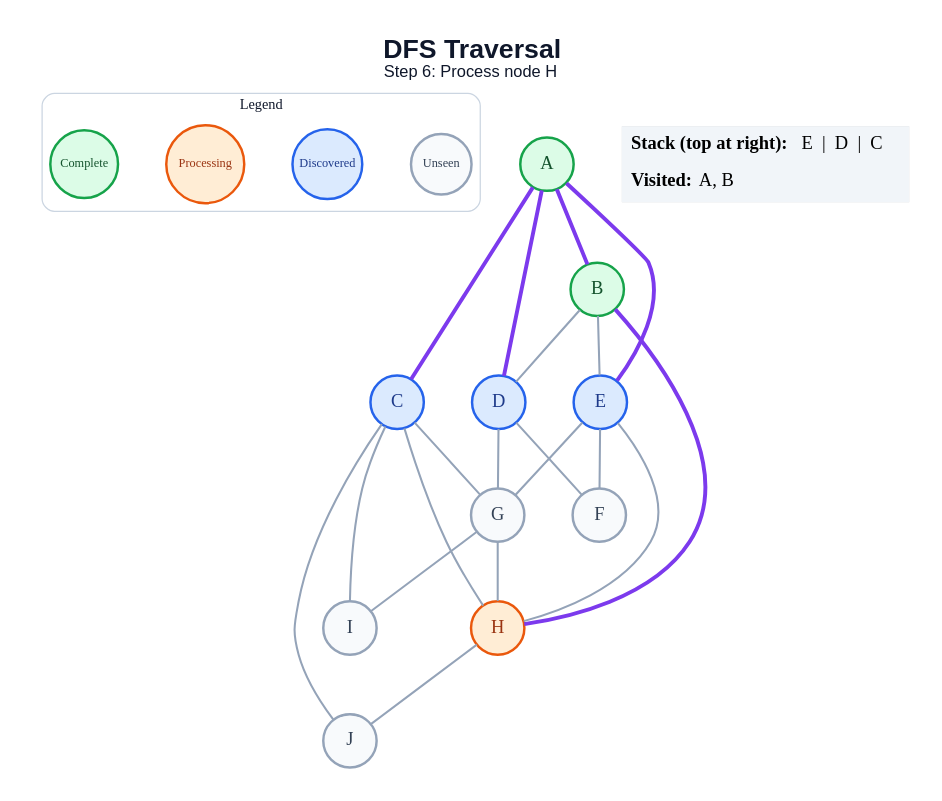
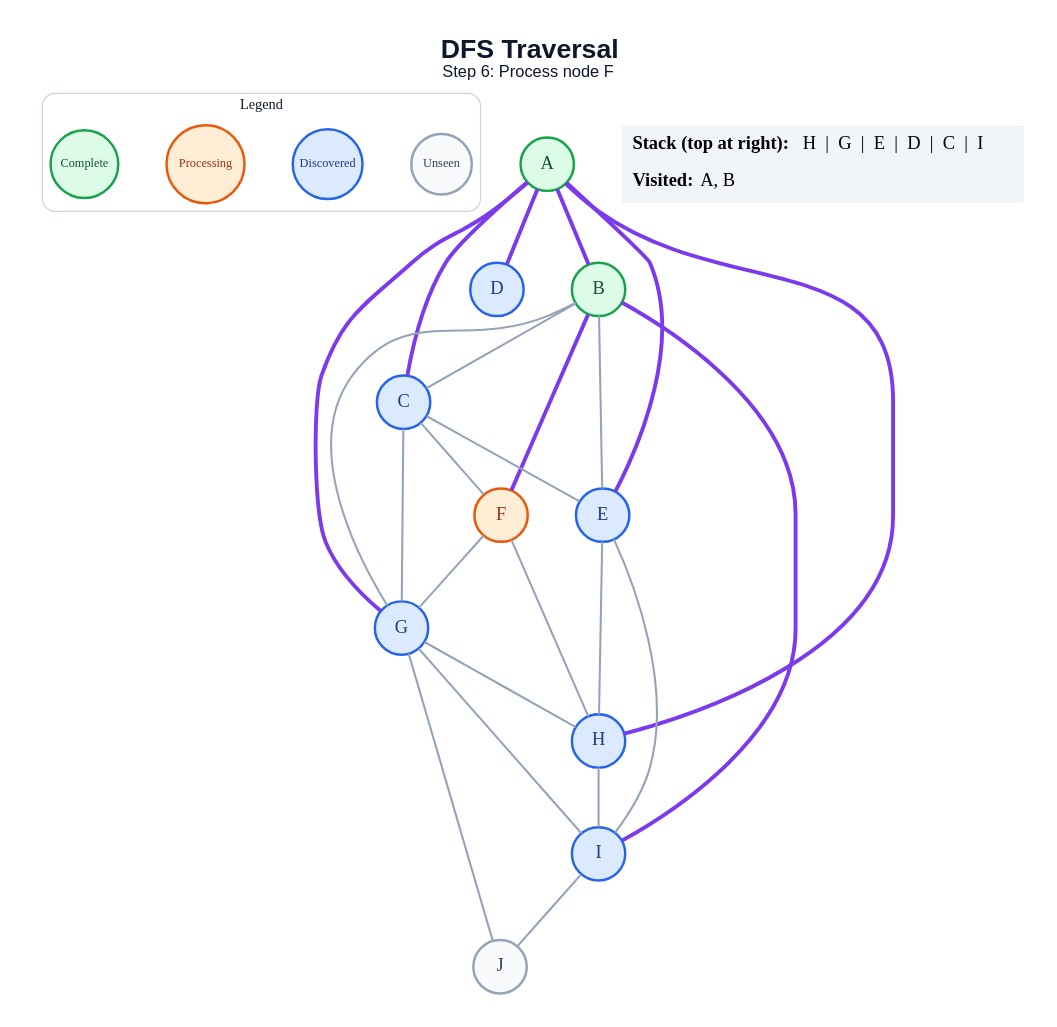
Before and after one commit to amanghodawala9/ai-slop: the diagram in generated/dfs/step_06.dot, drawn with Graphviz. The commit also changed 178 other files, not shown here.

```diff
--- a/generated/dfs/step_06.dot
+++ b/generated/dfs/step_06.dot
@@ -1,48 +1,52 @@
 graph traversal {
   graph [layout=dot, rankdir=TB, bgcolor="#FFFFFF", pad="0.35", nodesep="0.65", ranksep="0.8", fontname="Arial"];
   node [shape=circle, style="filled", fontname="Arial Bold", fontsize=18, width=0.72, fixedsize=true, penwidth=2.4];
   edge [color="#94A3B8", penwidth=2.0];
-  label=<<B>DFS Traversal</B><BR/><FONT POINT-SIZE="16">Step 6: Process node H</FONT>>; labelloc="t"; fontsize=26; fontname="Arial"; fontcolor="#0F172A";
+  label=<<B>DFS Traversal</B><BR/><FONT POINT-SIZE="16">Step 6: Process node F</FONT>>; labelloc="t"; fontsize=26; fontname="Arial"; fontcolor="#0F172A";
   subgraph cluster_legend { label="Legend"; color="#CBD5E1"; penwidth=1.2; style="rounded"; fontsize=14; fontname="Arial Bold";
     key_unseen [label="Unseen", fillcolor="#F8FAFC", color="#94A3B8", fontcolor="#334155", fontsize=12, width=0.82];
     key_frontier [label="Discovered", fillcolor="#DBEAFE", color="#2563EB", fontcolor="#1E3A8A", fontsize=12, width=0.95];
     key_current [label="Processing", fillcolor="#FFEDD5", color="#EA580C", fontcolor="#9A3412", fontsize=12, width=1.05];
     key_done [label="Complete", fillcolor="#DCFCE7", color="#16A34A", fontcolor="#14532D", fontsize=12, width=0.92];
     { rank=same; key_unseen; key_frontier; key_current; key_done; }
   }
   A [fillcolor="#DCFCE7", color="#16A34A", fontcolor="#14532D"];
   B [fillcolor="#DCFCE7", color="#16A34A", fontcolor="#14532D"];
   C [fillcolor="#DBEAFE", color="#2563EB", fontcolor="#1E3A8A"];
   D [fillcolor="#DBEAFE", color="#2563EB", fontcolor="#1E3A8A"];
   E [fillcolor="#DBEAFE", color="#2563EB", fontcolor="#1E3A8A"];
-  F [fillcolor="#F8FAFC", color="#94A3B8", fontcolor="#334155"];
-  G [fillcolor="#F8FAFC", color="#94A3B8", fontcolor="#334155"];
-  H [fillcolor="#FFEDD5", color="#EA580C", fontcolor="#9A3412"];
-  I [fillcolor="#F8FAFC", color="#94A3B8", fontcolor="#334155"];
+  F [fillcolor="#FFEDD5", color="#EA580C", fontcolor="#9A3412"];
+  G [fillcolor="#DBEAFE", color="#2563EB", fontcolor="#1E3A8A"];
+  H [fillcolor="#DBEAFE", color="#2563EB", fontcolor="#1E3A8A"];
+  I [fillcolor="#DBEAFE", color="#2563EB", fontcolor="#1E3A8A"];
   J [fillcolor="#F8FAFC", color="#94A3B8", fontcolor="#334155"];
   A -- B [color="#7C3AED", penwidth=3.8];
   A -- C [color="#7C3AED", penwidth=3.8];
   A -- D [color="#7C3AED", penwidth=3.8];
   A -- E [color="#7C3AED", penwidth=3.8];
-  B -- D;
+  A -- G [color="#7C3AED", penwidth=3.8];
+  A -- H [color="#7C3AED", penwidth=3.8];
+  B -- C;
   B -- E;
-  B -- H [color="#7C3AED", penwidth=3.8];
+  B -- F [color="#7C3AED", penwidth=3.8];
+  B -- G;
+  B -- I [color="#7C3AED", penwidth=3.8];
+  C -- E;
+  C -- F;
   C -- G;
-  C -- H;
-  C -- I;
-  C -- J;
-  D -- F;
-  D -- G;
-  E -- F;
-  E -- G;
   E -- H;
+  E -- I;
+  F -- G;
+  F -- H;
   G -- H;
   G -- I;
-  H -- J;
+  G -- J;
+  H -- I;
+  I -- J;
   status [shape=plain, fixedsize=false, width=0, height=0, margin=0, label=<
     <TABLE BORDER="0" CELLBORDER="0" CELLPADDING="7" BGCOLOR="#F1F5F9">
-      <TR><TD ALIGN="LEFT"><B>Stack (top at right):</B> E  |  D  |  C</TD></TR>
+      <TR><TD ALIGN="LEFT"><B>Stack (top at right):</B> H  |  G  |  E  |  D  |  C  |  I</TD></TR>
       <TR><TD ALIGN="LEFT"><B>Visited:</B> A, B</TD></TR>
     </TABLE>
   >];
 }
```
